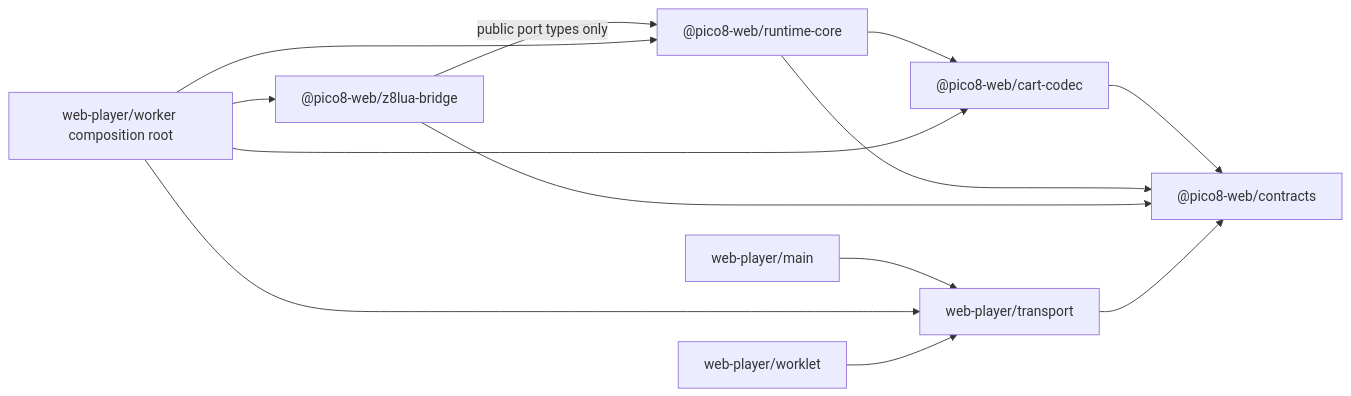
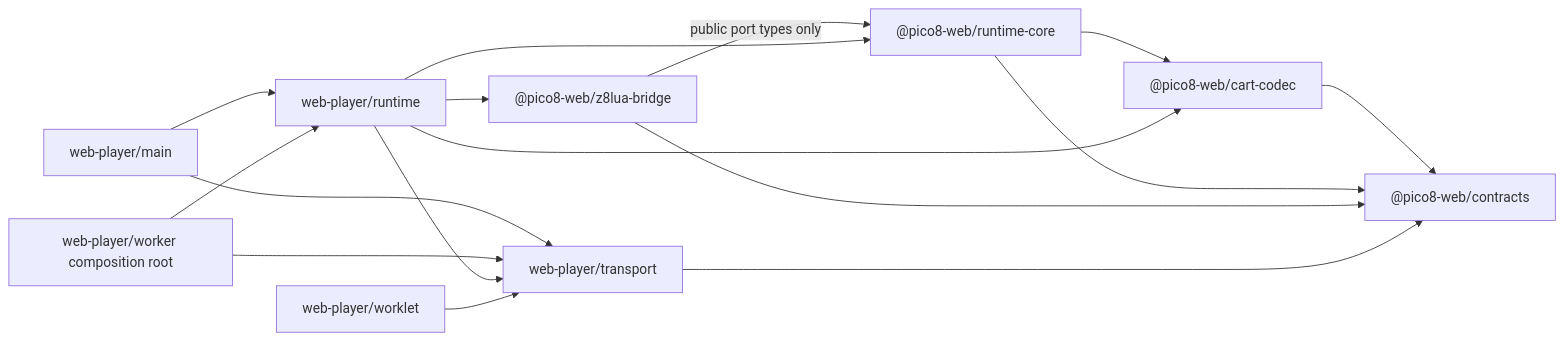
Before and after one commit to boxuechen/pico8-player: the diagram in docs/08-source-layout-and-boundaries.md, drawn with Mermaid. The commit also changed other lines of this file and 60 other files, not shown here.

````diff
--- a/docs/08-source-layout-and-boundaries.md
+++ b/docs/08-source-layout-and-boundaries.md
@@ -288,24 +297,28 @@
 ```mermaid
 flowchart LR
     C["@pico8-web/contracts"]
     Cart["@pico8-web/cart-codec"]
     Core["@pico8-web/runtime-core"]
     Bridge["@pico8-web/z8lua-bridge"]
     Transport["web-player/transport"]
     Main["web-player/main"]
     Worker["web-player/worker composition root"]
     Worklet["web-player/worklet"]
 
     Cart --> C
     Core --> C
     Core --> Cart
     Bridge --> C
     Bridge -->|"public port types only"| Core
     Transport --> C
     Main --> Transport
     Worker --> Transport
-    Worker --> Core
-    Worker --> Cart
-    Worker --> Bridge
+    Runtime["web-player/runtime"]
+    Main --> Runtime
+    Worker --> Runtime
+    Runtime --> Transport
+    Runtime --> Core
+    Runtime --> Cart
+    Runtime --> Bridge
     Worklet --> Transport
 ```
````
